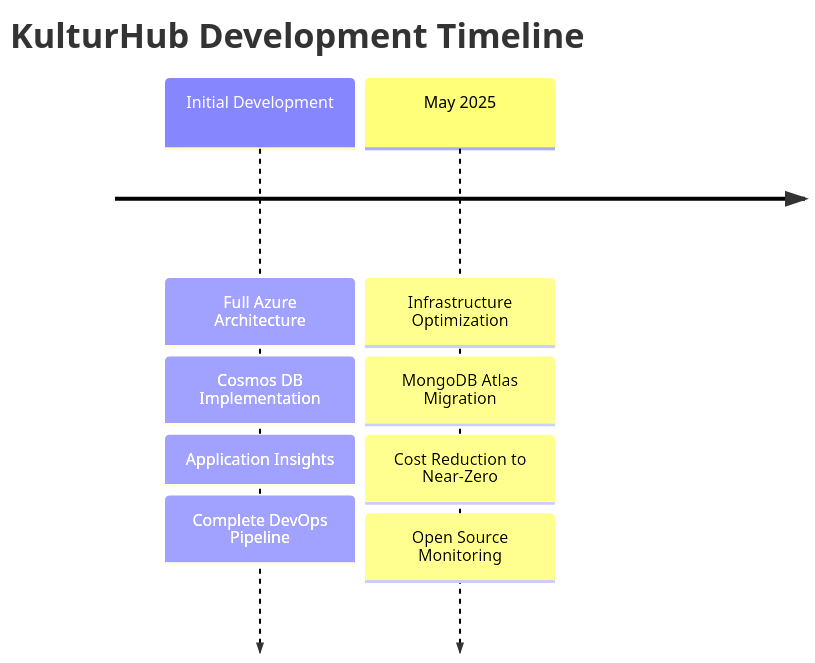
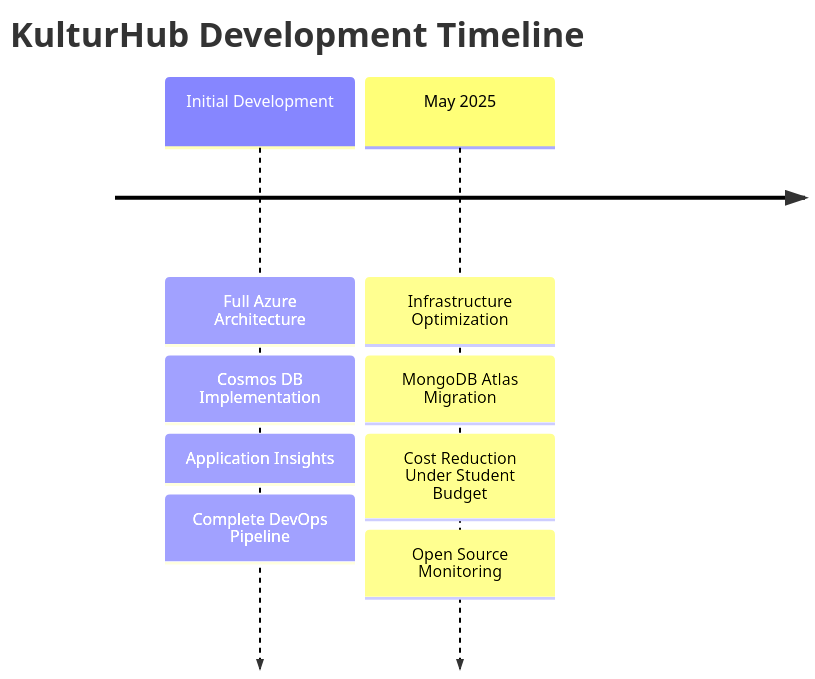
One commit to mvulcu/devops-portfolio-docs changed the diagram in docs/kulturHub/index.md. Above: the diagram before and after it, drawn with Mermaid. The commit also changed other lines of this file and 8 other files, not shown here.

Commit message:
Develop KulturHub case study with source-aligned architecture and operations

````diff
--- a/docs/kulturHub/index.md
+++ b/docs/kulturHub/index.md
@@ -72,14 +75,14 @@
 ```mermaid
 timeline
     title KulturHub Development Timeline
     
     Initial Development : Full Azure Architecture
                        : Cosmos DB Implementation
                        : Application Insights
                        : Complete DevOps Pipeline
     
     May 2025          : Infrastructure Optimization
                       : MongoDB Atlas Migration
-                      : Cost Reduction to Near-Zero
+                      : Cost Reduction Under Student Budget
                       : Open Source Monitoring
 ```
````
